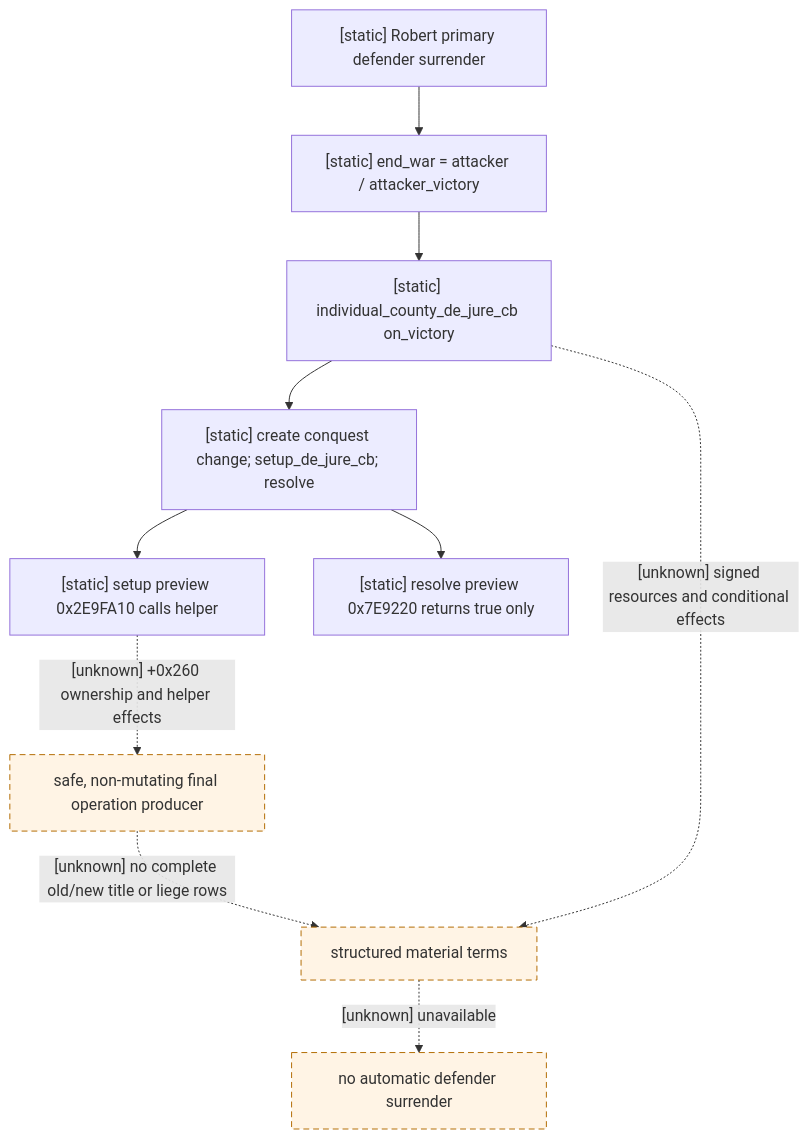
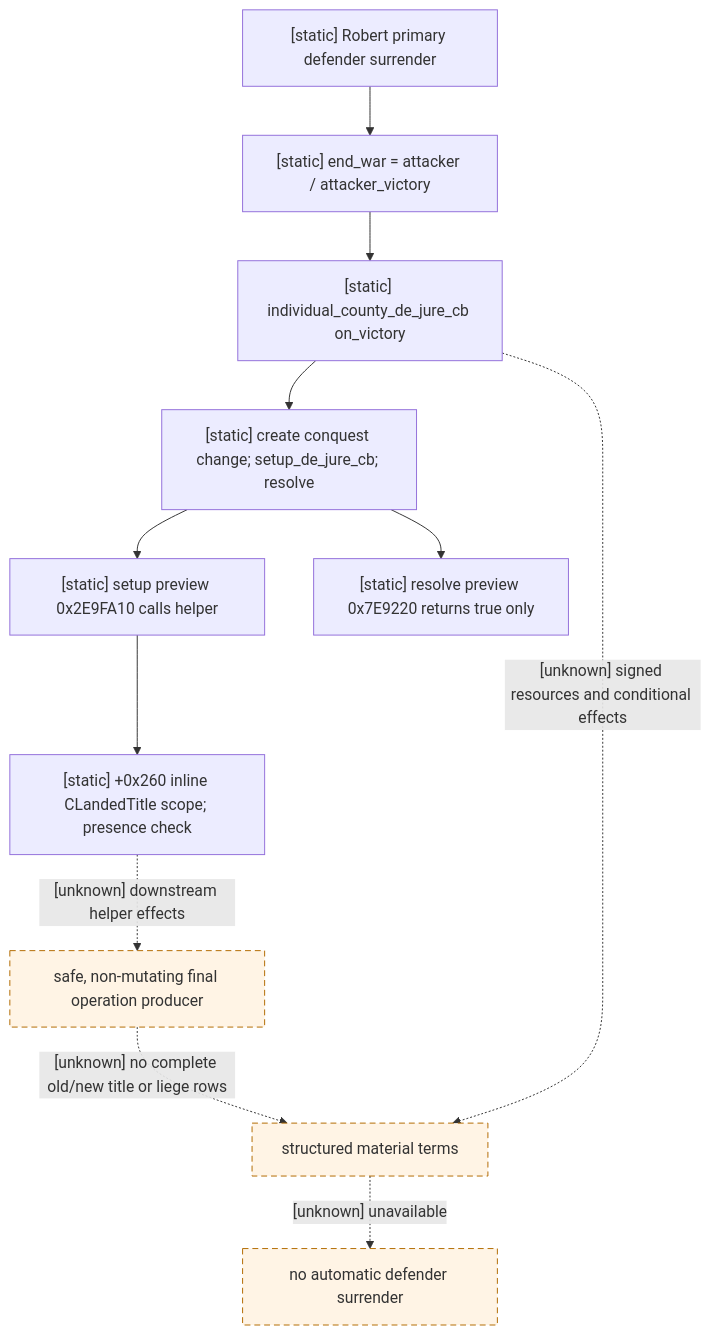
Diagram 20 of 20 in docs/ck3-native-ai/war-termination.md (XenoAmess/ck3_eternal_recurrence), drawn with Mermaid before and after one commit. The commit also changed other lines of this file and 4 other files, not shown here.

````diff
--- a/docs/ck3-native-ai/war-termination.md
+++ b/docs/ck3-native-ai/war-termination.md
@@ -2745,14 +2749,15 @@
 ```mermaid
 flowchart TD
     S["[static] Robert primary defender surrender"] --> A["[static] end_war = attacker / attacker_victory"]
     A --> B["[static] individual_county_de_jure_cb on_victory"]
     B --> C["[static] create conquest change; setup_de_jure_cb; resolve"]
     C --> P["[static] setup preview 0x2E9FA10 calls helper"]
-    P -. "[unknown] +0x260 ownership and helper effects" .-> O["safe, non-mutating final operation producer"]
+    P --> I["[static] +0x260 inline CLandedTitle scope; presence check"]
+    I -. "[unknown] downstream helper effects" .-> O["safe, non-mutating final operation producer"]
     C --> N["[static] resolve preview 0x7E9220 returns true only"]
     O -. "[unknown] no complete old/new title or liege rows" .-> T["structured material terms"]
     B -. "[unknown] signed resources and conditional effects" .-> T
     T -. "[unknown] unavailable" .-> X["no automatic defender surrender"]
     classDef unknown stroke-dasharray: 6 4,fill:#fff4e5,stroke:#b36b00;
     class O,T,X unknown;
 ```
````
